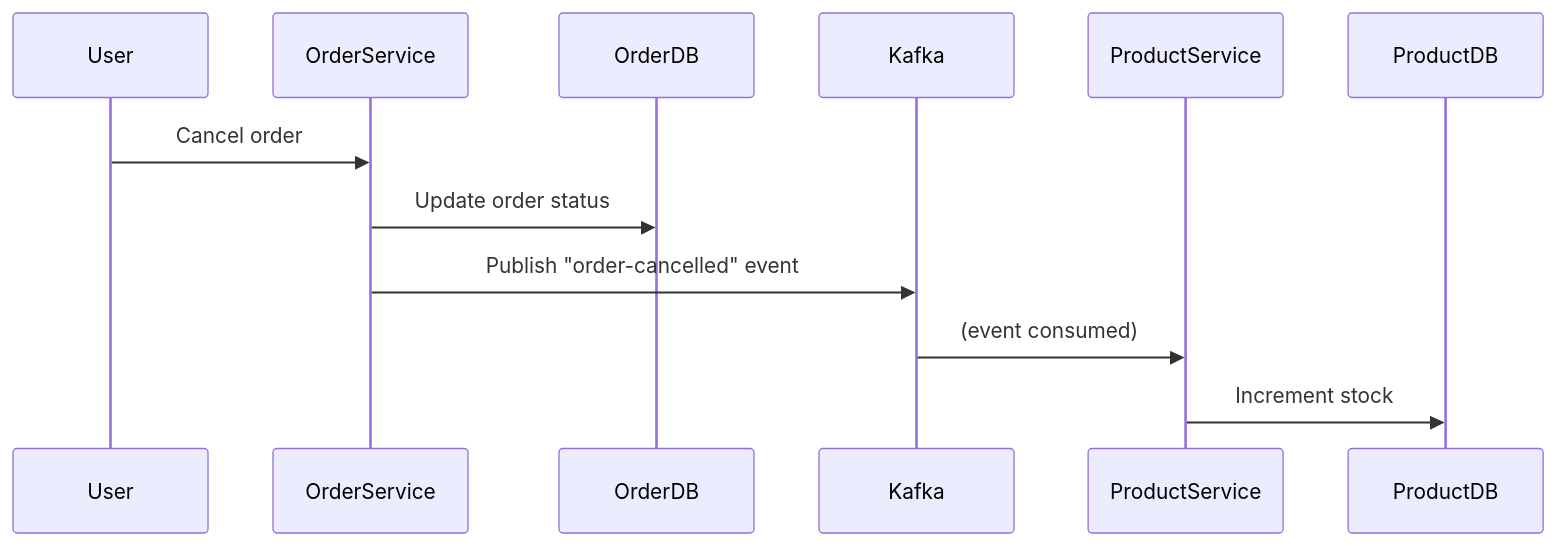
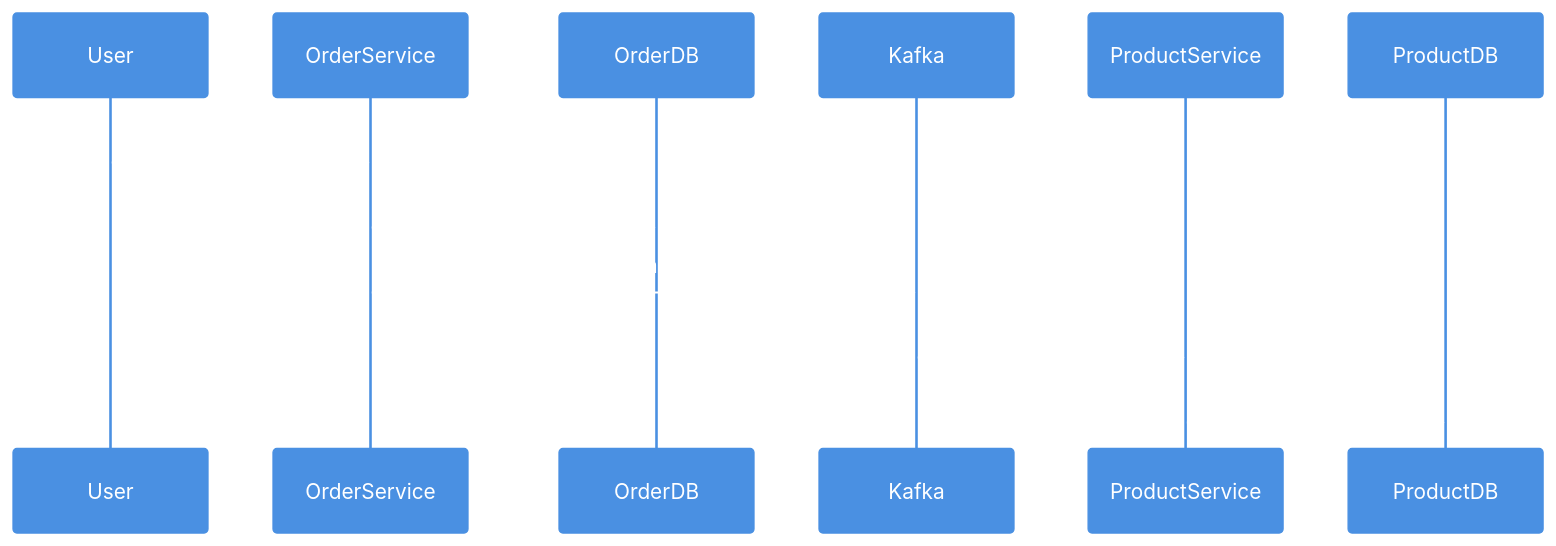
One commit to Jeethanxx01/Enterprise-E-Commerce-Microservices-Platform changed the second of 2 diagrams in README.md. Above: the diagram before and after it, drawn with Mermaid. The commit also changed other lines of this file, not shown here.

````diff
--- a/README.md
+++ b/README.md
@@ -144,15 +145,16 @@
 ```mermaid
+%%{init: {'theme': 'base', 'themeVariables': { 'fontSize': '16px', 'fontFamily': 'arial', 'primaryColor': '#4a90e2', 'primaryTextColor': '#fff', 'primaryBorderColor': '#4a90e2', 'lineColor': '#4a90e2', 'secondaryColor': '#f0f0f0', 'tertiaryColor': '#f0f0f0'}}}%%
 sequenceDiagram
     participant User
     participant OrderService
     participant OrderDB
     participant Kafka
     participant ProductService
     participant ProductDB
 
     User->>OrderService: Cancel order
     OrderService->>OrderDB: Update order status
     OrderService->>Kafka: Publish "order-cancelled" event
     Kafka->>ProductService: (event consumed)
     ProductService->>ProductDB: Increment stock
 ```
````
